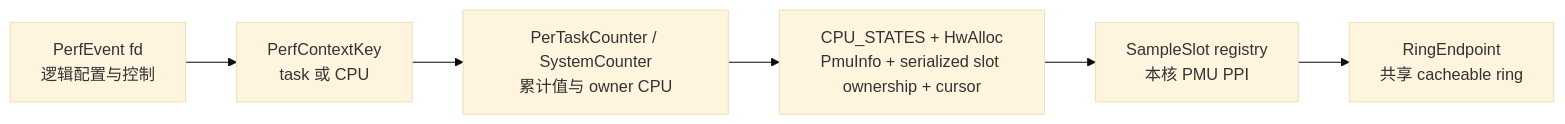
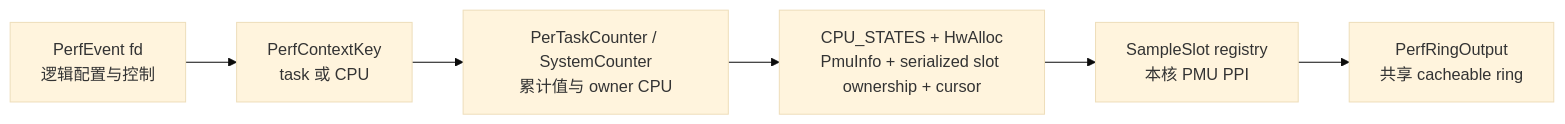
The first of 2 diagrams in docs/design/starry-aarch64-linux-perf.md (rcore-os/tgoskits), drawn with Mermaid (base theme) before and after one commit. The commit also changed other lines of this file and 28 other files, not shown here.

````diff
--- a/docs/design/starry-aarch64-linux-perf.md
+++ b/docs/design/starry-aarch64-linux-perf.md
@@ -52,8 +56,8 @@
 ```mermaid
 flowchart LR
     FD["PerfEvent fd\n逻辑配置与控制"] --> CTX["PerfContextKey\ntask 或 CPU"]
     CTX --> EVENT["PerTaskCounter / SystemCounter\n累计值与 owner CPU"]
     EVENT --> CPU["CPU_STATES + HwAlloc\nPmuInfo + serialized slot ownership + cursor"]
     CPU --> IRQ["SampleSlot registry\n本核 PMU PPI"]
-    IRQ --> OUT["RingEndpoint\n共享 cacheable ring"]
+    IRQ --> OUT["PerfRingOutput\n共享 cacheable ring"]
 ```
````
